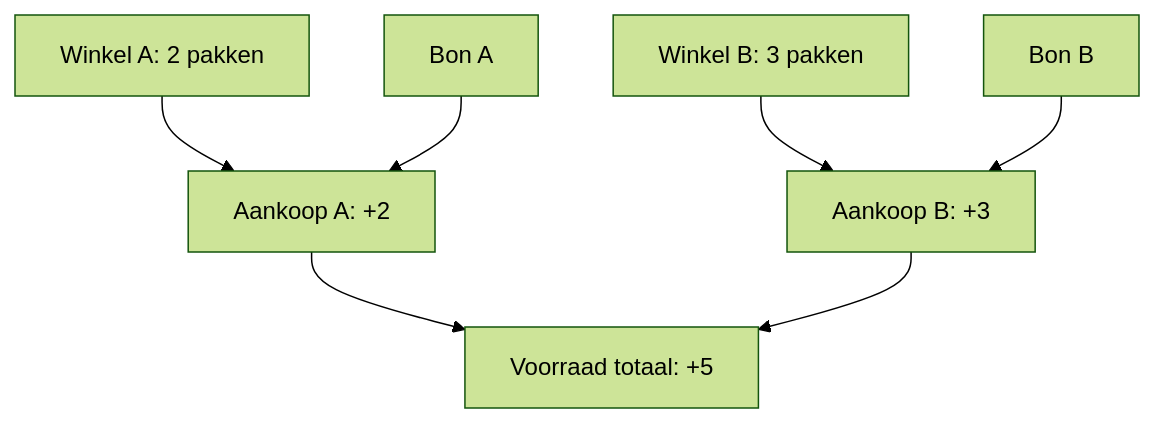
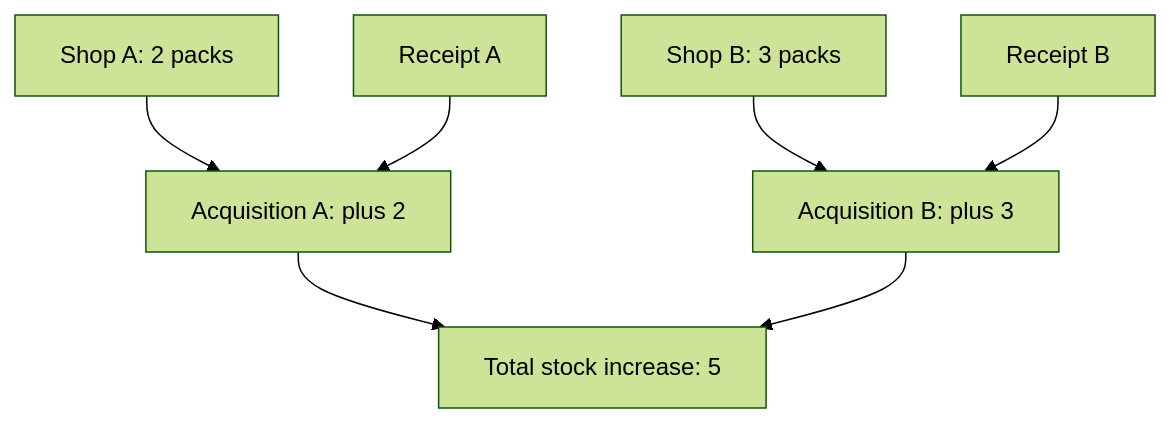
One commit to RobConings/wickedhome-project changed the second of 2 diagrams in docs/plans/aankopen-en-voorraad.mdx. Above: the diagram before and after it, drawn with Mermaid (forest theme). The commit also changed other lines of this file and 417 other files, not shown here.

````diff
--- a/docs/plans/aankopen-en-voorraad.mdx
+++ b/docs/plans/aankopen-en-voorraad.mdx
@@ -42,9 +42,9 @@
 ```mermaid
 flowchart TD
-  A["Winkel A: 2 pakken"] --> PA["Aankoop A: +2"]
-  BA["Bon A"] --> PA
-  B["Winkel B: 3 pakken"] --> PB["Aankoop B: +3"]
-  BB["Bon B"] --> PB
-  PA --> V["Voorraad totaal: +5"]
+  A[Shop A: 2 packs] --> PA[Acquisition A: plus 2]
+  BA[Receipt A] --> PA
+  B[Shop B: 3 packs] --> PB[Acquisition B: plus 3]
+  BB[Receipt B] --> PB
+  PA --> V[Total stock increase: 5]
   PB --> V
 ```
````
